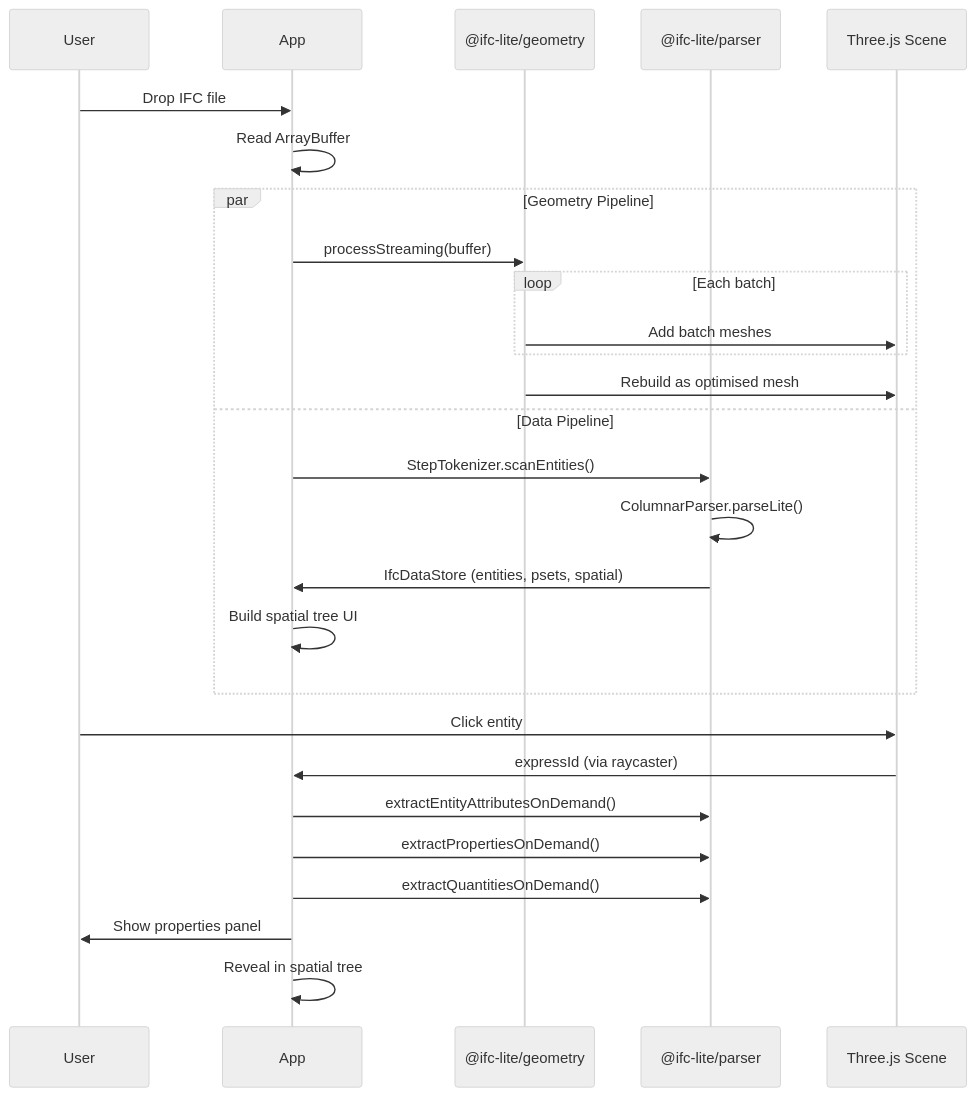
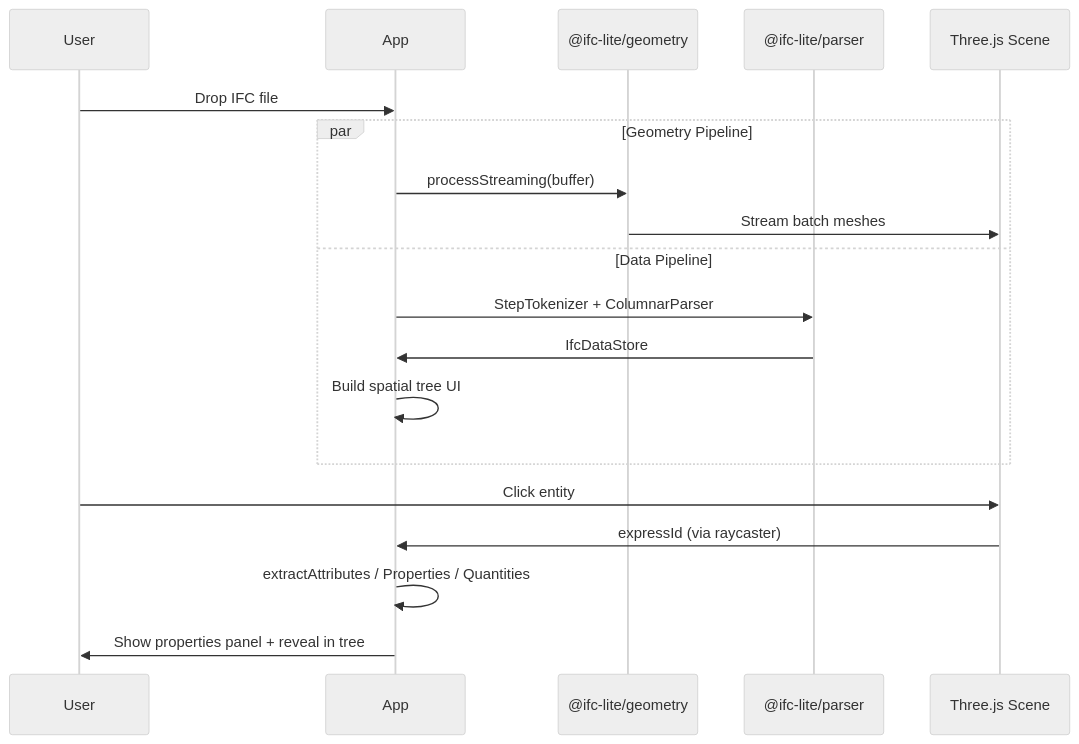
The third of 3 diagrams in docs/tutorials/threejs-integration.md (louistrue/ifc-lite), drawn with Mermaid (neutral theme) before and after one commit. The commit also changed other lines of this file and 1 other file, not shown here.

First line of the commit message:
docs: shorten data extraction sections, keep essence

````diff
--- a/docs/tutorials/threejs-integration.md
+++ b/docs/tutorials/threejs-integration.md
@@ -755,32 +567,24 @@
 ```mermaid
 sequenceDiagram
     participant User
     participant App
     participant Geometry as @ifc-lite/geometry
     participant Parser as @ifc-lite/parser
     participant Scene as Three.js Scene
 
     User->>App: Drop IFC file
-    App->>App: Read ArrayBuffer
 
     par Geometry Pipeline
         App->>Geometry: processStreaming(buffer)
-        loop Each batch
-            Geometry->>Scene: Add batch meshes
-        end
-        Geometry->>Scene: Rebuild as optimised mesh
+        Geometry->>Scene: Stream batch meshes
     and Data Pipeline
-        App->>Parser: StepTokenizer.scanEntities()
-        Parser->>Parser: ColumnarParser.parseLite()
-        Parser->>App: IfcDataStore (entities, psets, spatial)
+        App->>Parser: StepTokenizer + ColumnarParser
+        Parser->>App: IfcDataStore
         App->>App: Build spatial tree UI
     end
 
     User->>Scene: Click entity
     Scene->>App: expressId (via raycaster)
-    App->>Parser: extractEntityAttributesOnDemand()
-    App->>Parser: extractPropertiesOnDemand()
-    App->>Parser: extractQuantitiesOnDemand()
-    App->>User: Show properties panel
-    App->>App: Reveal in spatial tree
+    App->>App: extractAttributes / Properties / Quantities
+    App->>User: Show properties panel + reveal in tree
 ```
````
